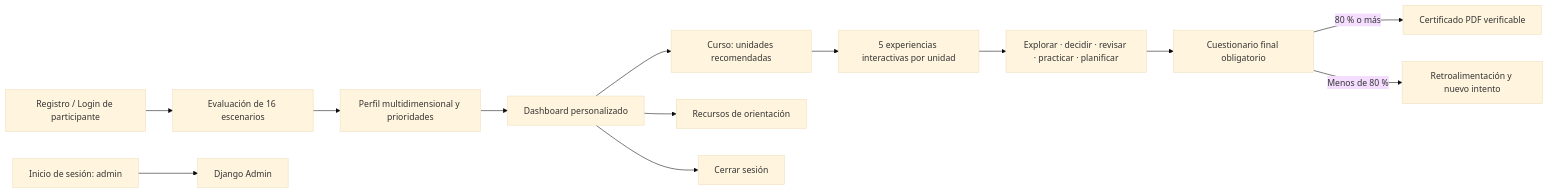
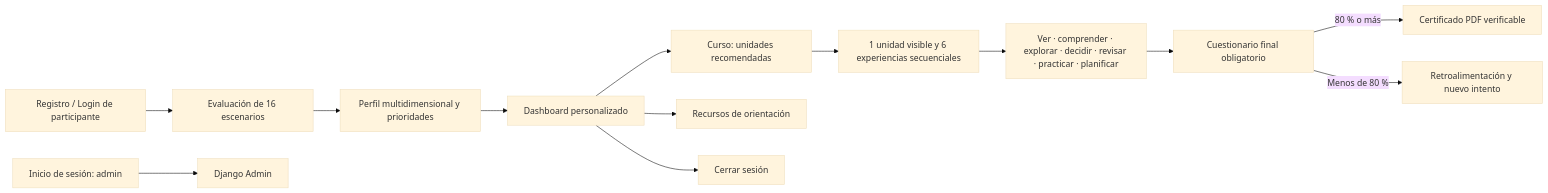
Before and after one commit to Shirley0702/plataforma-ciberacoso: the diagram in docs/mapa_pantallas.md, drawn with Mermaid (base theme). The commit also changed other lines of this file and 28 other files, not shown here.

````diff
--- a/docs/mapa_pantallas.md
+++ b/docs/mapa_pantallas.md
@@ -3,15 +3,15 @@
 ```mermaid
 flowchart LR
     R["Registro / Login de participante"] --> D["Evaluación de 16 escenarios"]
     D --> A["Perfil multidimensional y prioridades"]
     A --> P["Dashboard personalizado"]
     P --> C["Curso: unidades recomendadas"]
-    C --> L["5 experiencias interactivas por unidad"]
-    L --> I["Explorar · decidir · revisar · practicar · planificar"]
+    C --> L["1 unidad visible y 6 experiencias secuenciales"]
+    L --> I["Ver · comprender · explorar · decidir · revisar · practicar · planificar"]
     I --> Q["Cuestionario final obligatorio"]
     Q -->|"80 % o más"| CE["Certificado PDF verificable"]
     Q -->|"Menos de 80 %"| RE["Retroalimentación y nuevo intento"]
     P --> O["Recursos de orientación"]
     P --> S["Cerrar sesión"]
     ADM["Inicio de sesión: admin"] --> DA["Django Admin"]
 ```
````
